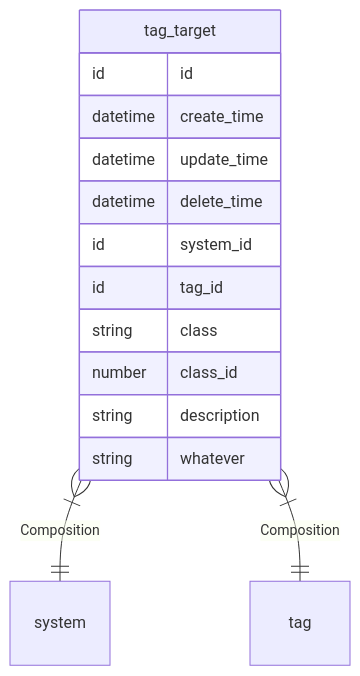
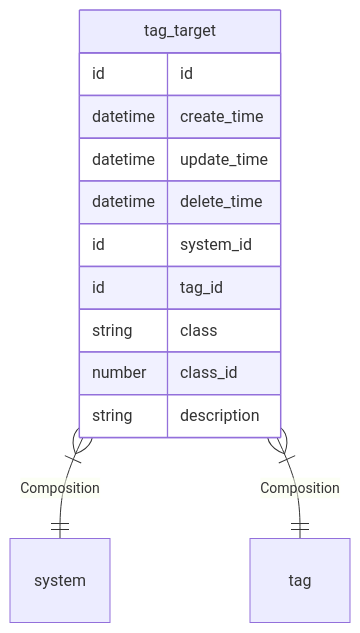
Before and after one commit to smarty-kiki/tag: the second of 2 diagrams in docs/entity/tag_target.md, drawn with Mermaid. The commit also changed other lines of this file and 13 other files, not shown here.

````diff
--- a/docs/entity/tag_target.md
+++ b/docs/entity/tag_target.md
@@ -36,17 +35,16 @@
 ```mermaid
 erDiagram
     tag_target }|--|| system : Composition  
     tag_target }|--|| tag : Composition  
     tag_target {
         id id  
         datetime create_time  
         datetime update_time  
         datetime delete_time  
         id system_id  
         id tag_id  
         string class  
         number class_id  
         string description  
-        string whatever  
     }
 ```
````
